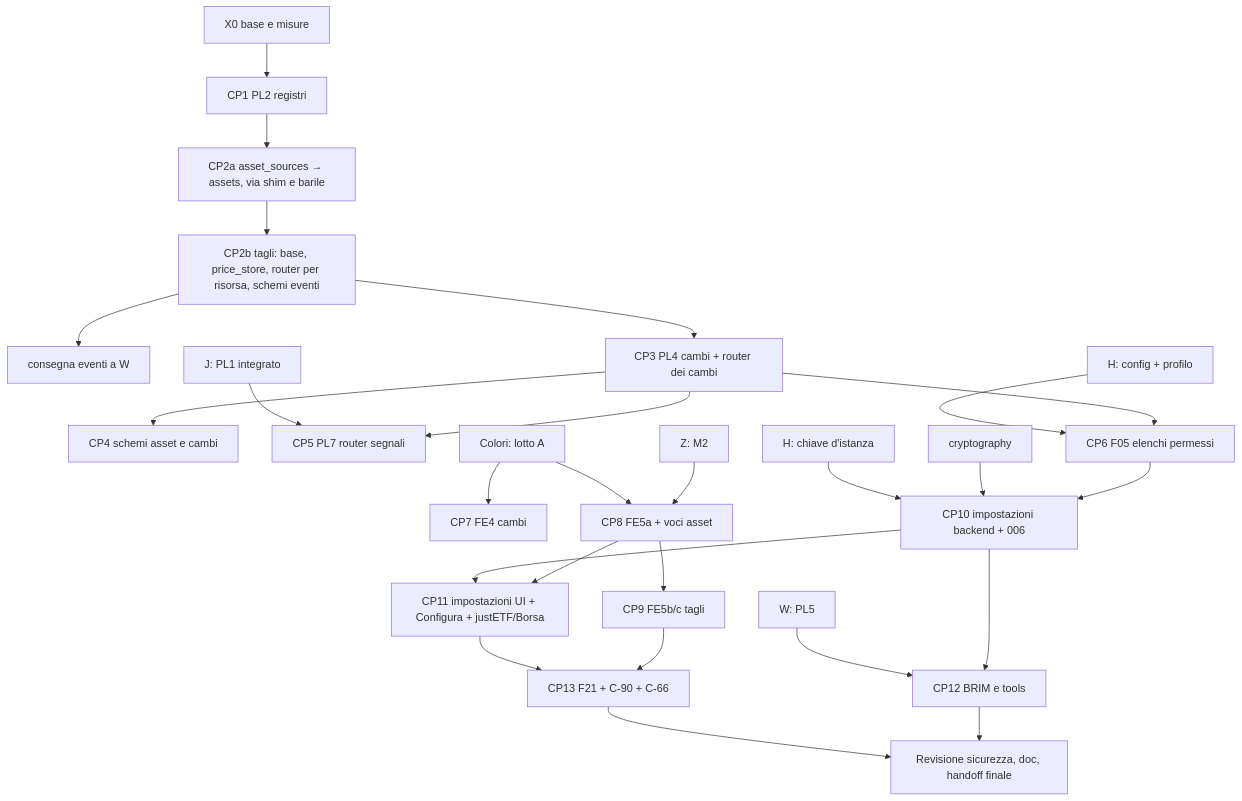
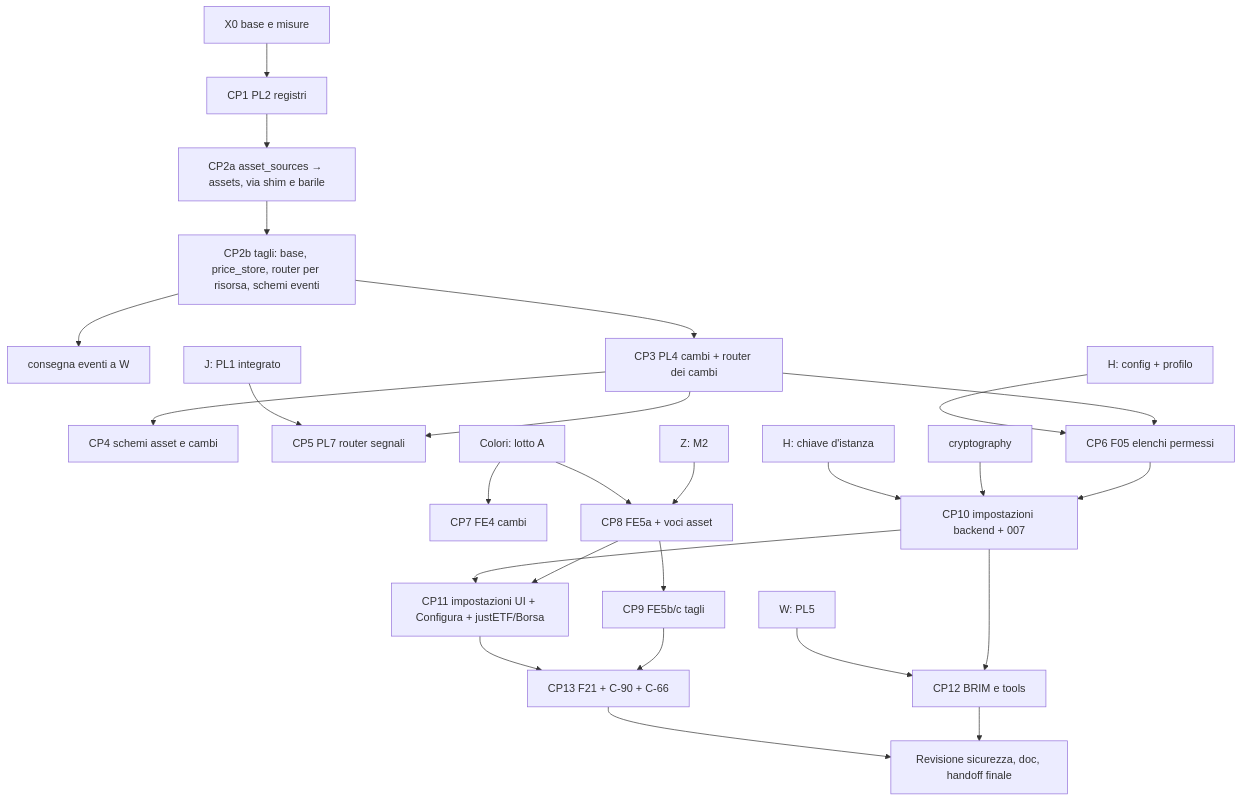
Before and after one commit to Librefolio/LibreFolio: the diagram in LibreFolio_developer_journal/Release_2/Phase_1/03_pluginsAssets/plan-phase01PluginsAssets.prompt.md, drawn with Mermaid. The commit also changed other lines of this file and 1 other file, not shown here.

````diff
--- a/LibreFolio_developer_journal/Release_2/Phase_1/03_pluginsAssets/plan-phase01PluginsAssets.prompt.md
+++ b/LibreFolio_developer_journal/Release_2/Phase_1/03_pluginsAssets/plan-phase01PluginsAssets.prompt.md
@@ -450,28 +458,28 @@
 ```mermaid
 graph TD
   X0[X0 base e misure] --> CP1[CP1 PL2 registri]
   CP1 --> CP2a[CP2a asset_sources → assets, via shim e barile]
   CP2a --> CP2b[CP2b tagli: base, price_store, router per risorsa, schemi eventi]
   CP2b --> HW[consegna eventi a W]
   CP2b --> CP3[CP3 PL4 cambi + router dei cambi]
   CP3 --> CP4[CP4 schemi asset e cambi]
   J1[J: PL1 integrato] --> CP5[CP5 PL7 router segnali]
   CP3 --> CP5
   H1[H: config + profilo] --> CP6[CP6 F05 elenchi permessi]
   CP3 --> CP6
   LA[Colori: lotto A] --> CP7[CP7 FE4 cambi]
   LA --> CP8[CP8 FE5a + voci asset]
   Z2[Z: M2] --> CP8
   CP8 --> CP9[CP9 FE5b/c tagli]
-  H2[H: chiave d'istanza] --> CP10[CP10 impostazioni backend + 006]
+  H2[H: chiave d'istanza] --> CP10[CP10 impostazioni backend + 007]
   DEP[cryptography] --> CP10
   CP6 --> CP10
   CP10 --> CP11[CP11 impostazioni UI + Configura + justETF/Borsa]
   CP8 --> CP11
   W5[W: PL5] --> CP12[CP12 BRIM e tools]
   CP10 --> CP12
   CP11 --> CP13[CP13 F21 + C-90 + C-66]
   CP9 --> CP13
   CP13 --> FIN[Revisione sicurezza, doc, handoff finale]
   CP12 --> FIN
 ```
````
